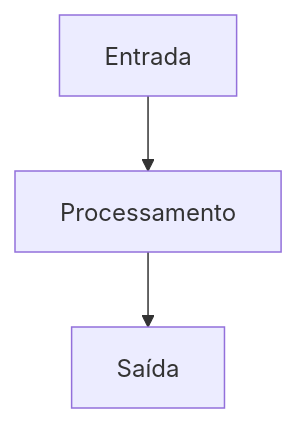
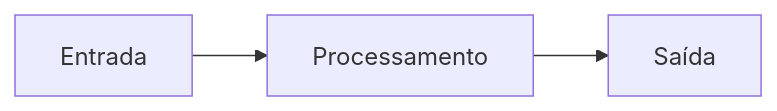
One commit to ifrnlab/algoritmos-2023-1 changed the diagram in docs/2023-03-31-fluxo.md. Above: the diagram before and after it, drawn with Mermaid.

````diff
--- a/docs/2023-03-31-fluxo.md
+++ b/docs/2023-03-31-fluxo.md
@@ -3,8 +3,8 @@
 ```mermaid
-graph TD
+graph LR
   entrada["Entrada"]
   processamento["Processamento"]
   saida["Saída"]
 
   entrada --> processamento --> saida
 ```
````
